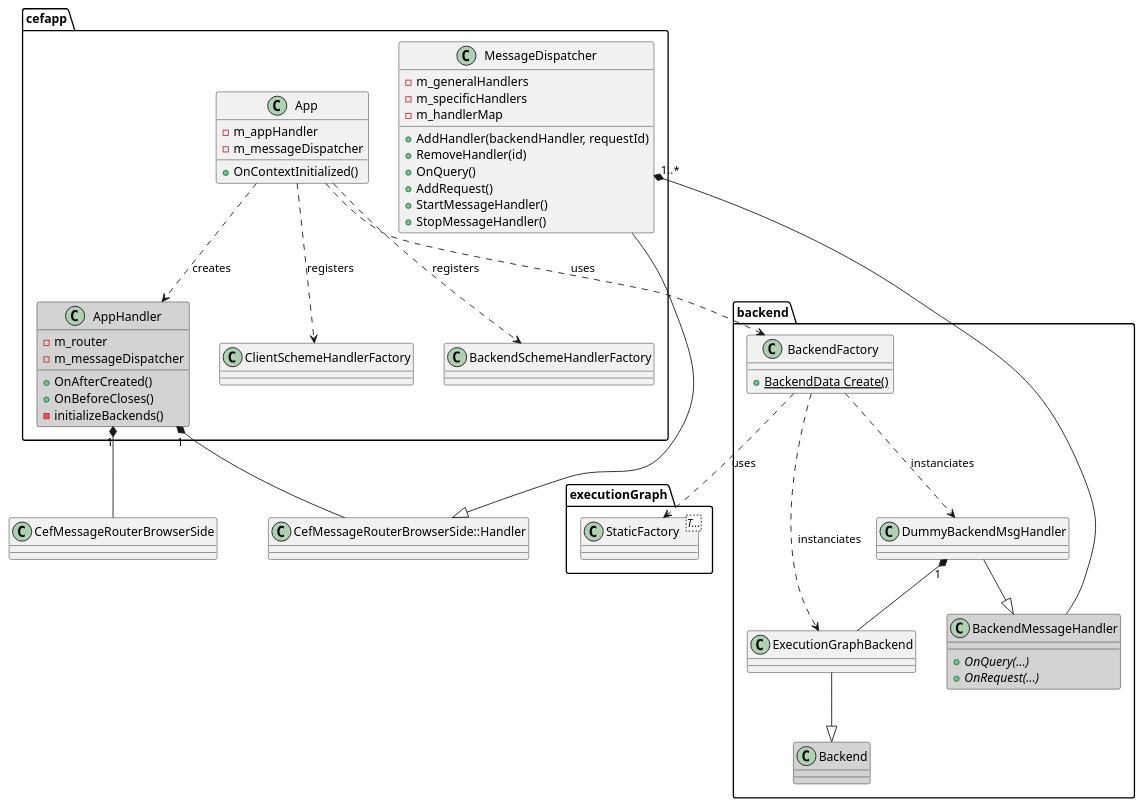
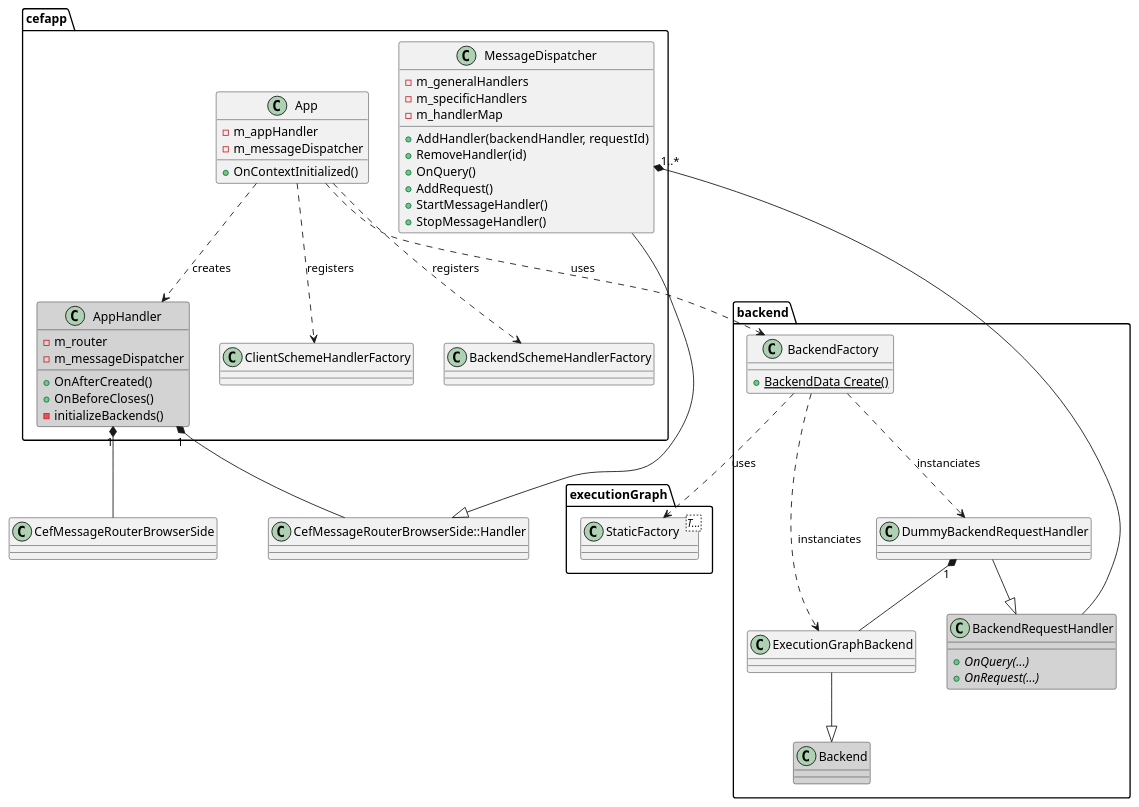
Before and after one commit to gabyx/ExecutionGraph: the diagram in gui/specs/client-backend.plantuml, drawn with PlantUML. The commit also changed 33 other files, not shown here.

```diff
--- a/gui/specs/client-backend.plantuml
+++ b/gui/specs/client-backend.plantuml
@@ -2,75 +2,75 @@
 @startuml
 set namespaceSeparator ::
 skinparam shadowing false
 
 class CefMessageRouterBrowserSide
 class Handler as "CefMessageRouterBrowserSide::Handler"
 
 namespace cefapp{
     class App{
         + OnContextInitialized()
         - m_appHandler
         - m_messageDispatcher
     }
     class AppHandler #D3D3D3{
         + OnAfterCreated()
         + OnBeforeCloses()
         - m_router
         - m_messageDispatcher
         - initializeBackends()
     }
 
     class MessageDispatcher {
         + AddHandler(backendHandler, requestId)
         + RemoveHandler(id)
         + OnQuery()
         + AddRequest()
         + StartMessageHandler()
         + StopMessageHandler()
         - m_generalHandlers
         - m_specificHandlers
         - m_handlerMap
     }
     class ClientSchemeHandlerFactory
     class BackendSchemeHandlerFactory
 }
 
 cefapp::App ..> cefapp::AppHandler : creates
 cefapp::App ..> cefapp::ClientSchemeHandlerFactory : registers
 cefapp::App ..> cefapp::BackendSchemeHandlerFactory : registers
 
 cefapp::AppHandler "1" *-down- Handler
 cefapp::MessageDispatcher -down-|> Handler
-cefapp::MessageDispatcher "1..*" *--- backend::BackendMessageHandler
+cefapp::MessageDispatcher "1..*" *--- backend::BackendRequestHandler
 cefapp::AppHandler "1" *-down- CefMessageRouterBrowserSide
 
 namespace backend {
     class Backend #D3D3D3
-    class BackendMessageHandler #D3D3D3 {
+    class BackendRequestHandler #D3D3D3 {
         + OnQuery(...) {abstract} 
         + OnRequest(...) {abstract}
     }
 
     class BackendFactory {
         + BackendData Create() {static}
     }
 
-    class DummyBackendMsgHandler
+    class DummyBackendRequestHandler
 }
 
 namespace executionGraph {
     class StaticFactory<T...>
 }
 
 cefapp::App ..> backend::BackendFactory : uses
 
 backend::ExecutionGraphBackend --|> backend::Backend
-backend::DummyBackendMsgHandler --|> backend::BackendMessageHandler
+backend::DummyBackendRequestHandler --|> backend::BackendRequestHandler
 
 backend::BackendFactory ..> backend::ExecutionGraphBackend : instanciates
-backend::BackendFactory ..> backend::DummyBackendMsgHandler : instanciates
+backend::BackendFactory ..> backend::DummyBackendRequestHandler : instanciates
 
-backend::DummyBackendMsgHandler "1" *-- backend::ExecutionGraphBackend
+backend::DummyBackendRequestHandler "1" *-- backend::ExecutionGraphBackend
 
 backend::BackendFactory ..> executionGraph::StaticFactory : uses
 @enduml
```
